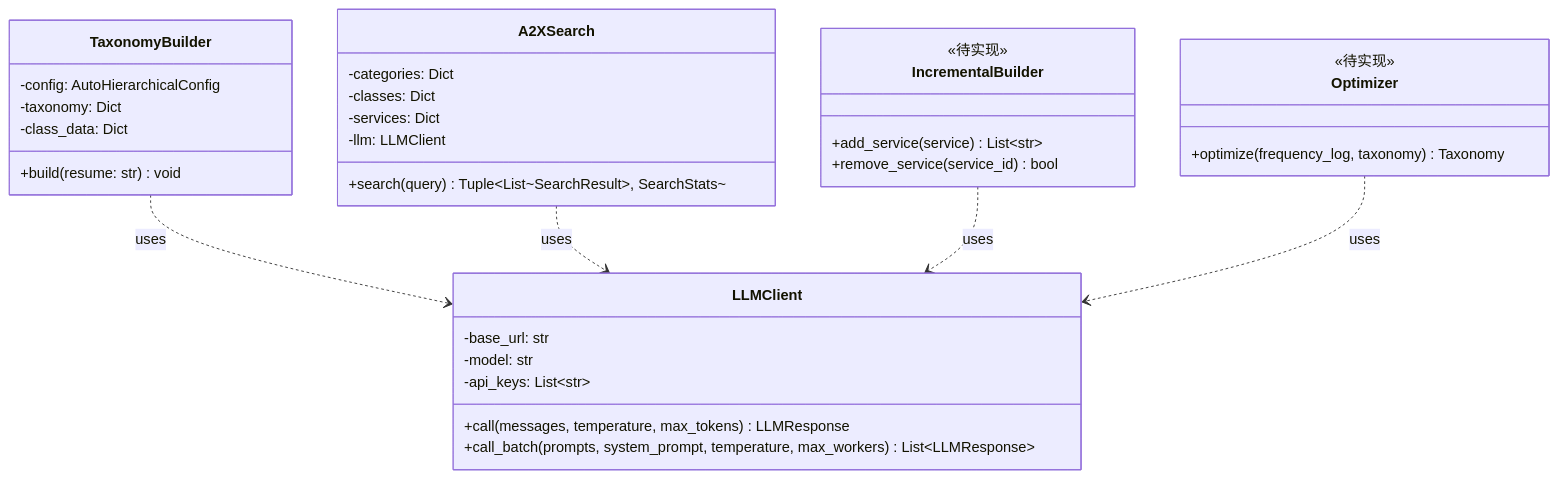
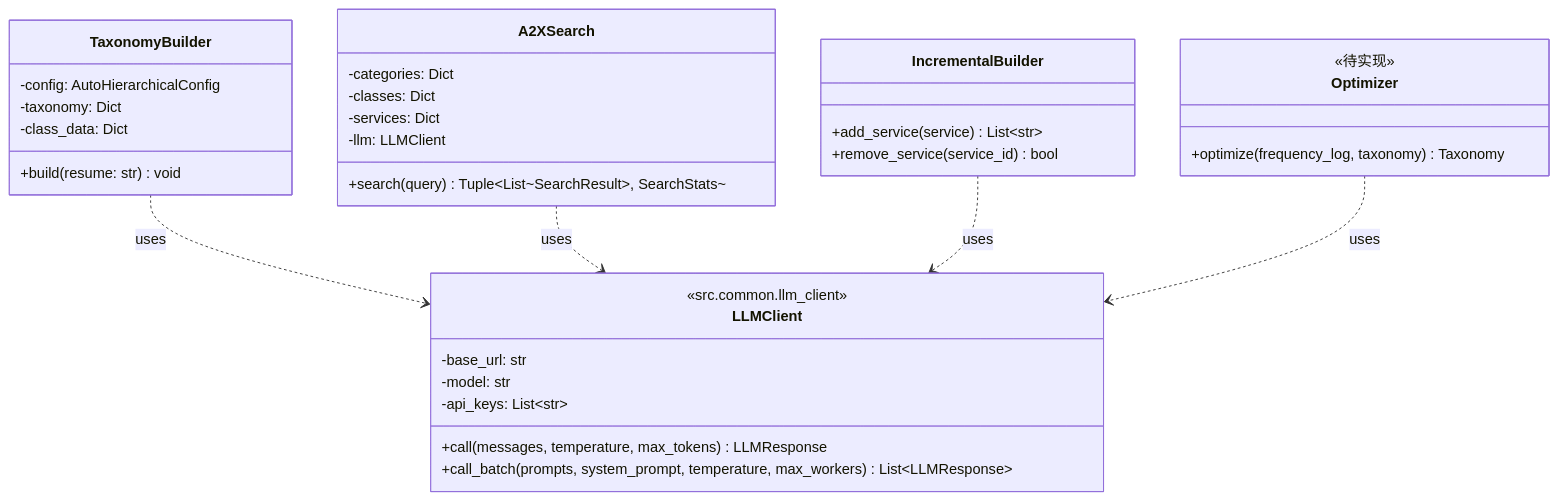
Before and after one commit to Weizheng96/A2X-registry: the third of 3 diagrams in docs/a2x_design.md, drawn with Mermaid. The commit also changed 22 other files, not shown here.

First line of the commit message:
refactor: unify shared interfaces into src/common module

````diff
--- a/docs/a2x_design.md
+++ b/docs/a2x_design.md
@@ -95,41 +95,41 @@
 ```mermaid
 classDiagram
     class A2XSearch {
         -categories: Dict
         -classes: Dict
         -services: Dict
         -llm: LLMClient
         +search(query) Tuple~List~SearchResult~, SearchStats~
     }
 
     class TaxonomyBuilder {
         -config: AutoHierarchicalConfig
         -taxonomy: Dict
         -class_data: Dict
         +build(resume: str) void
     }
 
     class LLMClient {
+        <<src.common.llm_client>>
         -base_url: str
         -model: str
         -api_keys: List~str~
         +call(messages, temperature, max_tokens) LLMResponse
         +call_batch(prompts, system_prompt, temperature, max_workers) List~LLMResponse~
     }
 
     class IncrementalBuilder {
-        <<待实现>>
         +add_service(service) List~str~
         +remove_service(service_id) bool
     }
 
     class Optimizer {
         <<待实现>>
         +optimize(frequency_log, taxonomy) Taxonomy
     }
 
     TaxonomyBuilder ..> LLMClient : uses
     A2XSearch ..> LLMClient : uses
     IncrementalBuilder ..> LLMClient : uses
     Optimizer ..> LLMClient : uses
 ```
````
